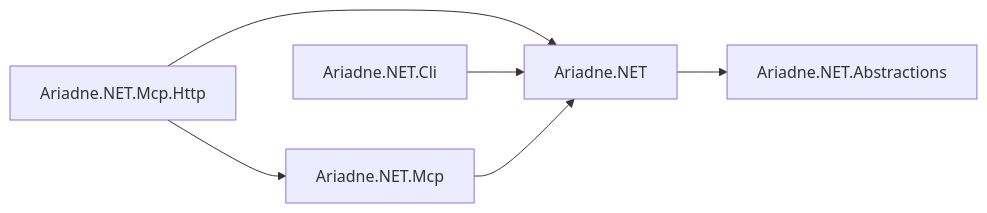
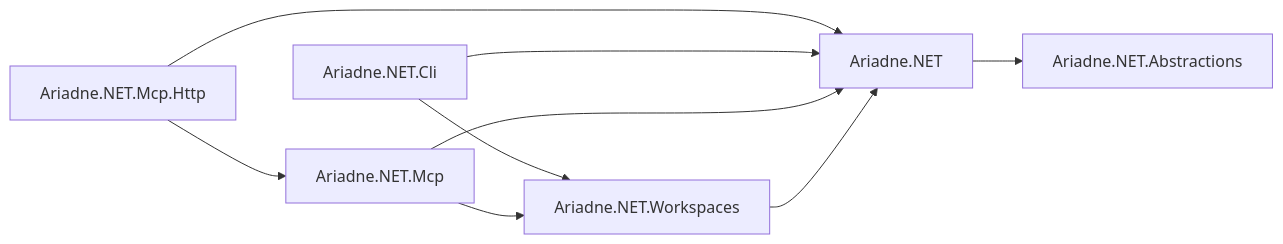
One commit to MarcelRoozekrans/Ariadne.NET changed the third of 4 diagrams in docs-site/docs/how-it-works/02-architecture.md. Above: the diagram before and after it, drawn with Mermaid. The commit also changed other lines of this file and 11 other files, not shown here.

First line of the commit message:
docs: describe semantic validation and Ariadne.NET.Workspaces

````diff
--- a/docs-site/docs/how-it-works/02-architecture.md
+++ b/docs-site/docs/how-it-works/02-architecture.md
@@ -58,8 +61,11 @@
 ```mermaid
 graph LR
-    Api["Ariadne.NET.Mcp.Http"] --> Core["Ariadne.NET"]
+    Api["Ariadne.NET.Mcp.Http"] --> Core
     Api --> Mcp
-    Cli["Ariadne.NET.Cli"] --> Core
-    Mcp["Ariadne.NET.Mcp"] --> Core
+    Cli["Ariadne.NET.Cli"] --> Ws["Ariadne.NET.Workspaces"]
+    Cli --> Core
+    Mcp["Ariadne.NET.Mcp"] --> Ws
+    Mcp --> Core
+    Ws --> Core["Ariadne.NET"]
     Core --> Abs["Ariadne.NET.Abstractions"]
 ```
````
